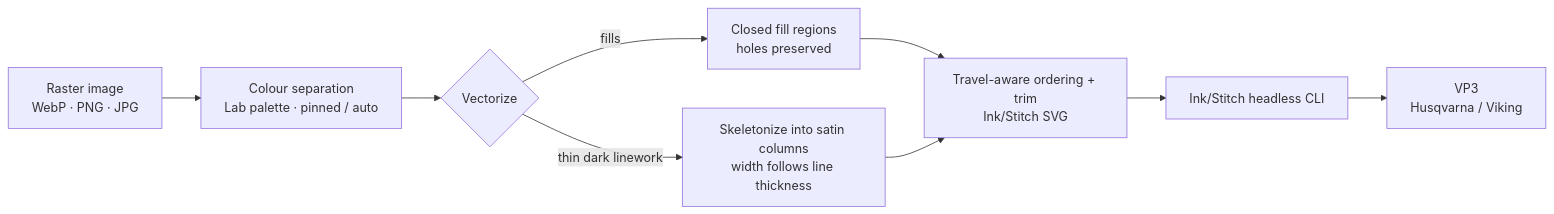
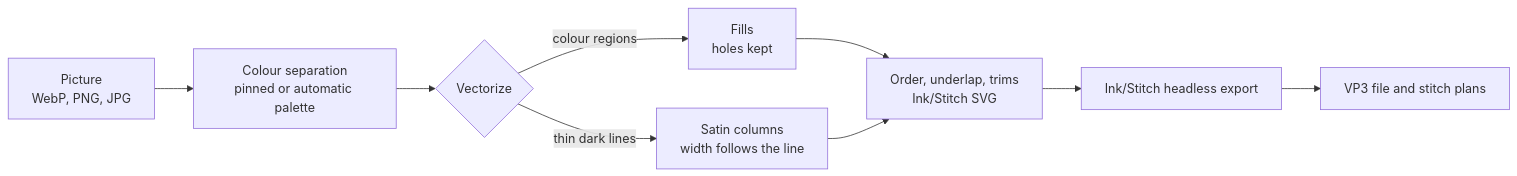
Before and after one commit to kxzl/machine-embroidery-patch-digitizer: the diagram in README.md, drawn with Mermaid. The commit also changed other lines of this file and 1 other file, not shown here.

````diff
--- a/README.md
+++ b/README.md
@@ -24,11 +93,11 @@
 ```mermaid
 flowchart LR
-    A[Raster image<br/>WebP · PNG · JPG] --> B[Colour separation<br/>Lab palette · pinned / auto]
+    A[Picture<br/>WebP, PNG, JPG] --> B[Colour separation<br/>pinned or automatic palette]
     B --> C{Vectorize}
-    C -->|fills| D[Closed fill regions<br/>holes preserved]
-    C -->|thin dark linework| E[Skeletonize into satin columns<br/>width follows line thickness]
-    D --> F[Travel-aware ordering + trim<br/>Ink/Stitch SVG]
+    C -->|colour regions| D[Fills<br/>holes kept]
+    C -->|thin dark lines| E[Satin columns<br/>width follows the line]
+    D --> F[Order, underlap, trims<br/>Ink/Stitch SVG]
     E --> F
-    F --> G[Ink/Stitch headless CLI]
-    G --> H[VP3<br/>Husqvarna / Viking]
+    F --> G[Ink/Stitch headless export]
+    G --> H[VP3 file and stitch plans]
 ```
````
